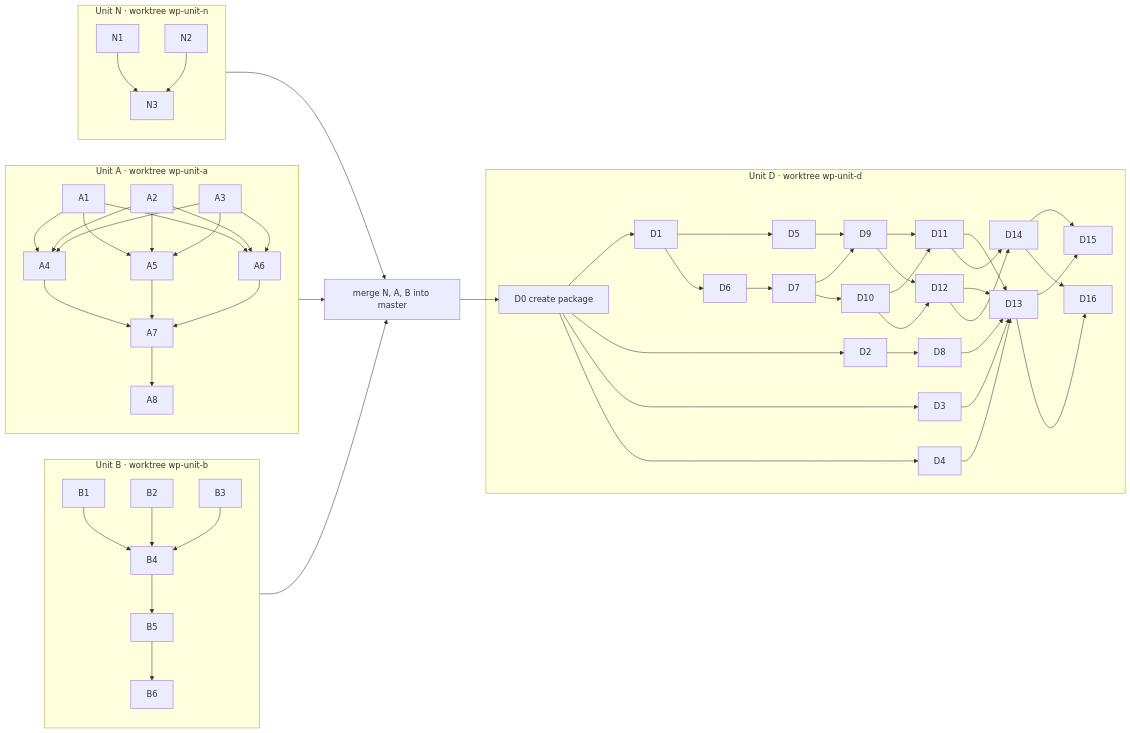
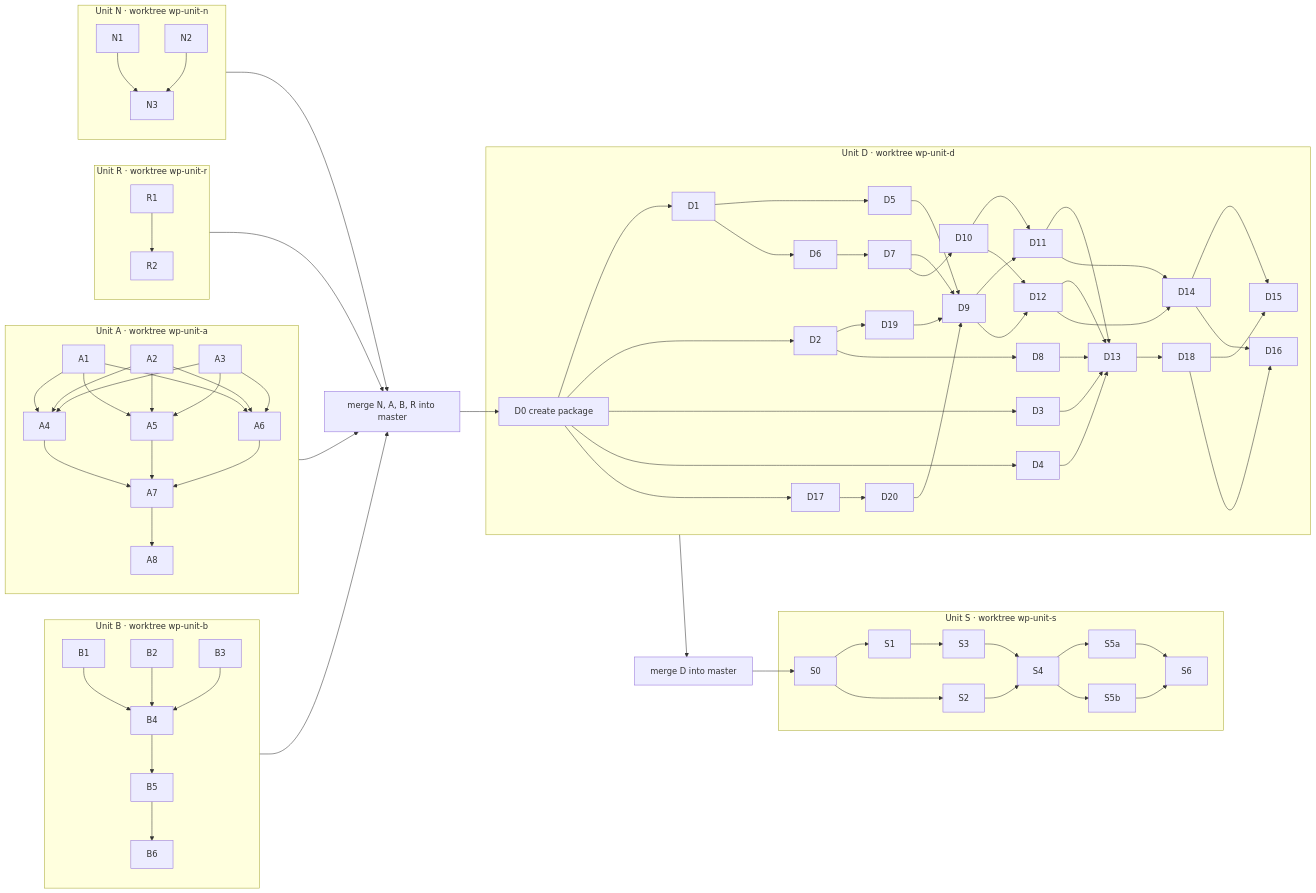
The diagram in scrolls/ward-parallelization-and-load-balancer.md (StupidIncarnate/codex-of-consentient-craft), drawn with Mermaid before and after one commit. The commit also changed other lines of this file and 1 other file, not shown here.

````diff
--- a/scrolls/ward-parallelization-and-load-balancer.md
+++ b/scrolls/ward-parallelization-and-load-balancer.md
@@ -299,28 +360,41 @@
 ```mermaid
 flowchart LR
   subgraph N[Unit N · worktree wp-unit-n]
     N1 & N2 --> N3
   end
   subgraph A[Unit A · worktree wp-unit-a]
     A1 & A2 & A3 --> A4 & A5 & A6 --> A7 --> A8
   end
   subgraph B[Unit B · worktree wp-unit-b]
     B1 & B2 & B3 --> B4 --> B5 --> B6
   end
-  N --> MERGE[merge N, A, B into master]
+subgraph R[Unit R · worktree wp-unit-r]
+R1 --> R2
+end
+N --> MERGE[merge N, A, B, R into master]
+R --> MERGE
   A --> MERGE
   B --> MERGE
   MERGE --> D0[D0 create package]
+  D --> MERGE2[merge D into master]
+  MERGE2 --> S0
+  subgraph S[Unit S · worktree wp-unit-s]
+  S0 --> S1 & S2
+  S1 --> S3
+  S2 & S3 --> S4 --> S5a & S5b --> S6
+  end
   subgraph D[Unit D · worktree wp-unit-d]
-    D0 --> D1 & D2 & D3 & D4
+  D0 --> D1 & D2 & D3 & D4 & D17
+  D2 --> D19
+  D17 --> D20
     D1 --> D5 & D6
     D2 --> D8
     D6 --> D7
-    D5 & D7 --> D9
+D5 & D7 & D19 & D20 --> D9
     D7 --> D10
     D9 & D10 --> D11 & D12
-    D11 & D12 & D3 & D4 & D8 --> D13
+    D11 & D12 & D3 & D4 & D8 --> D13 --> D18
     D11 & D12 --> D14
-    D13 & D14 --> D15 & D16
+D18 & D14 --> D15 & D16
   end
 ```
````
